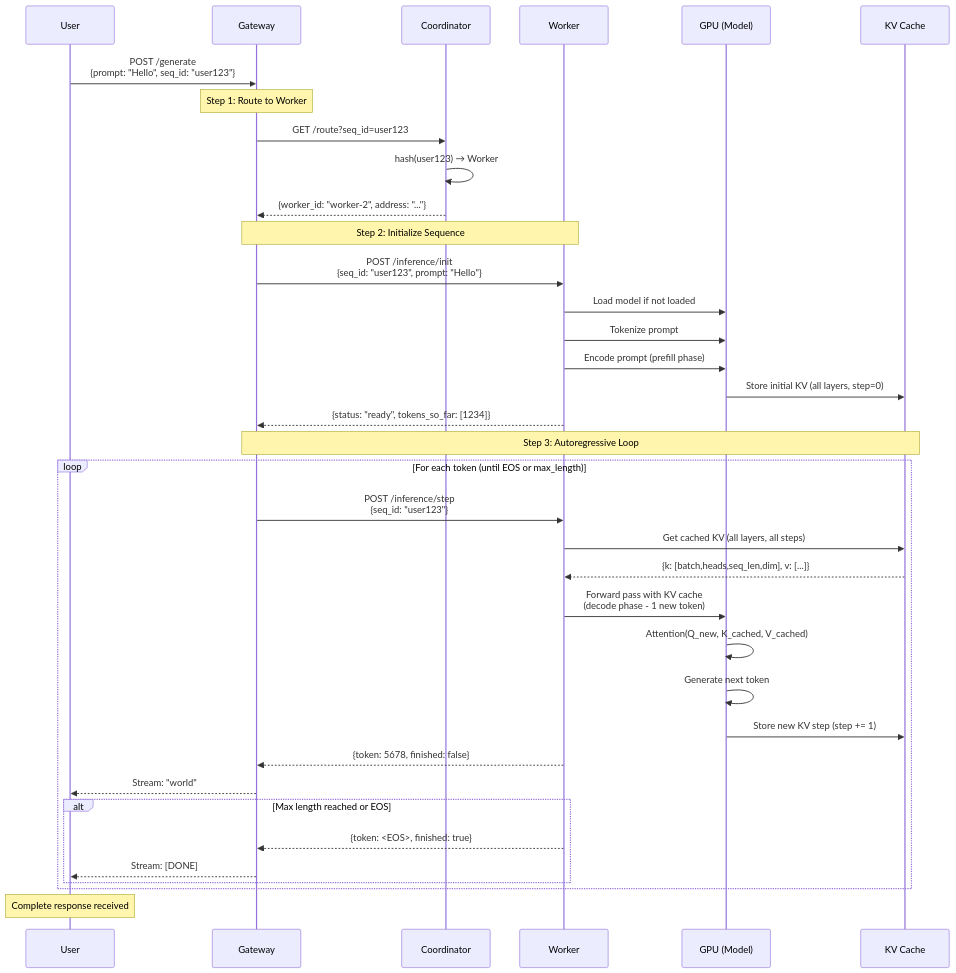
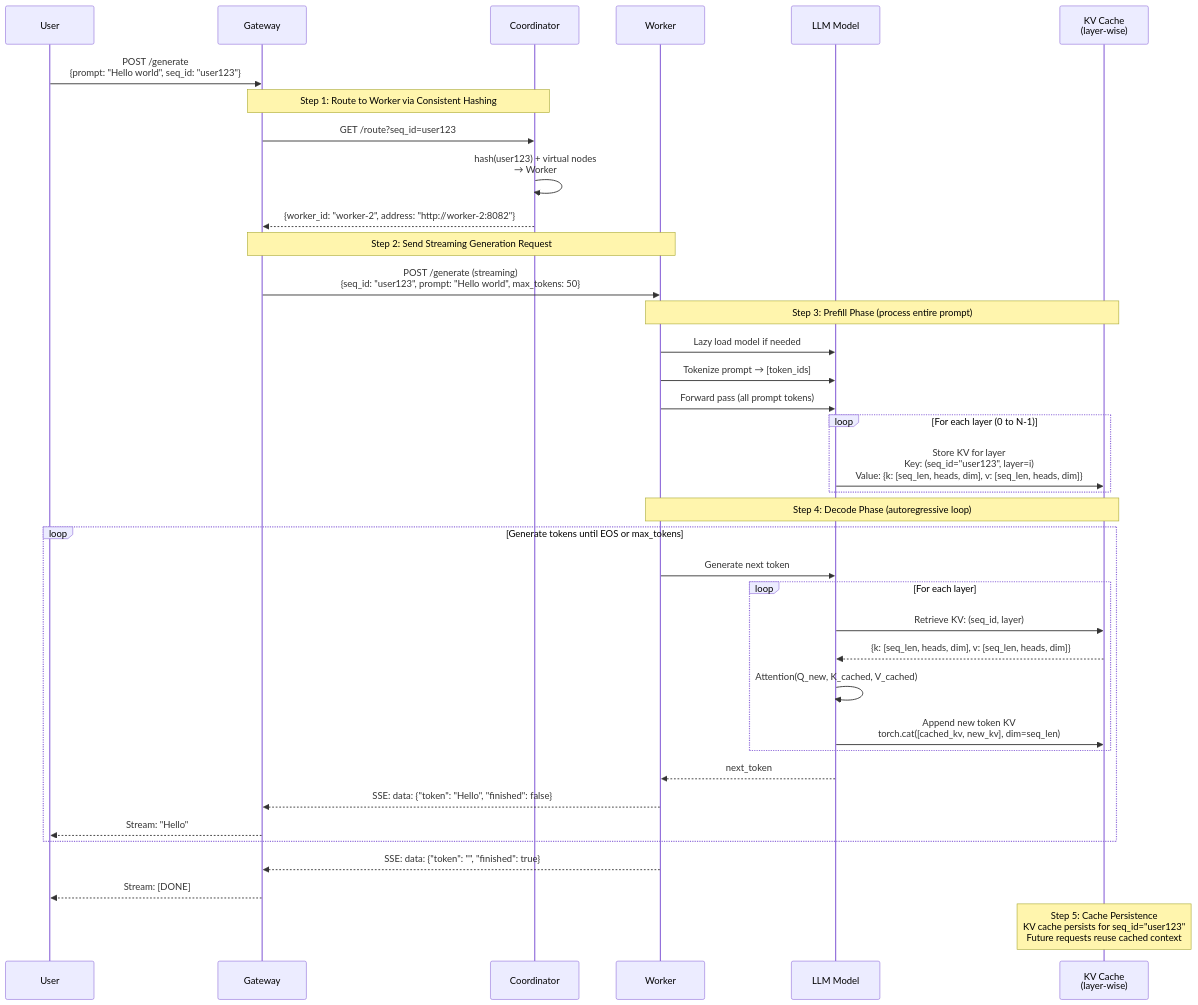
One commit to ndminhvn/distributed-kv-cache changed the second of 8 diagrams in docs/DIAGRAMS.md. Above: the diagram before and after it, drawn with Mermaid.

Commit message:
doc: update the token generation flow diagram

````diff
--- a/docs/DIAGRAMS.md
+++ b/docs/DIAGRAMS.md
@@ -38,47 +38,49 @@
 ```mermaid
 sequenceDiagram
     participant User
     participant Gateway
     participant Coordinator
     participant Worker
-    participant GPU as GPU (Model)
-    participant Cache as KV Cache
+    participant Model as LLM Model
+    participant Cache as KV Cache<br/>(layer-wise)
 
-    User->>Gateway: POST /generate<br/>{prompt: "Hello", seq_id: "user123"}
+    User->>Gateway: POST /generate<br/>{prompt: "Hello world", seq_id: "user123"}
 
-    Note over Gateway: Step 1: Route to Worker
+    Note over Gateway,Coordinator: Step 1: Route to Worker via Consistent Hashing
     Gateway->>Coordinator: GET /route?seq_id=user123
-    Coordinator->>Coordinator: hash(user123) → Worker #2
-    Coordinator-->>Gateway: {worker_id: "worker-2", address: "..."}
+    Coordinator->>Coordinator: hash(user123) + virtual nodes<br/>→ Worker #2
+    Coordinator-->>Gateway: {worker_id: "worker-2", address: "http://worker-2:8082"}
 
-    Note over Gateway,Worker: Step 2: Initialize Sequence
-    Gateway->>Worker: POST /inference/init<br/>{seq_id: "user123", prompt: "Hello"}
-    Worker->>GPU: Load model if not loaded
-    Worker->>GPU: Tokenize prompt
-    Worker->>GPU: Encode prompt (prefill phase)
-    GPU->>Cache: Store initial KV (all layers, step=0)
-    Worker-->>Gateway: {status: "ready", tokens_so_far: [1234]}
+    Note over Gateway,Worker: Step 2: Send Streaming Generation Request
+    Gateway->>Worker: POST /generate (streaming)<br/>{seq_id: "user123", prompt: "Hello world", max_tokens: 50}
 
-    Note over Gateway,Cache: Step 3: Autoregressive Loop
-    loop For each token (until EOS or max_length)
-        Gateway->>Worker: POST /inference/step<br/>{seq_id: "user123"}
+    Note over Worker,Cache: Step 3: Prefill Phase (process entire prompt)
+    Worker->>Model: Lazy load model if needed
+    Worker->>Model: Tokenize prompt → [token_ids]
+    Worker->>Model: Forward pass (all prompt tokens)
 
-        Worker->>Cache: Get cached KV (all layers, all steps)
-        Cache-->>Worker: {k: [batch,heads,seq_len,dim], v: [...]}
-
-        Worker->>GPU: Forward pass with KV cache<br/>(decode phase - 1 new token)
-        GPU->>GPU: Attention(Q_new, K_cached, V_cached)
-        GPU->>GPU: Generate next token
-        GPU->>Cache: Store new KV step (step += 1)
-
-        Worker-->>Gateway: {token: 5678, finished: false}
-        Gateway-->>User: Stream: "world"
-
-        alt Max length reached or EOS
-            Worker-->>Gateway: {token: <EOS>, finished: true}
-            Gateway-->>User: Stream: [DONE]
-        end
+    loop For each layer (0 to N-1)
+        Model->>Cache: Store KV for layer<br/>Key: (seq_id="user123", layer=i)<br/>Value: {k: [seq_len, heads, dim], v: [seq_len, heads, dim]}
     end
 
-    Note over User: Complete response received
+    Note over Worker,Cache: Step 4: Decode Phase (autoregressive loop)
+    loop Generate tokens until EOS or max_tokens
+        Worker->>Model: Generate next token
+
+        loop For each layer
+            Model->>Cache: Retrieve KV: (seq_id, layer)
+            Cache-->>Model: {k: [seq_len, heads, dim], v: [seq_len, heads, dim]}
+            Model->>Model: Attention(Q_new, K_cached, V_cached)
+            Model->>Cache: Append new token KV<br/>torch.cat([cached_kv, new_kv], dim=seq_len)
+        end
+
+        Model-->>Worker: next_token
+        Worker-->>Gateway: SSE: data: {"token": "Hello", "finished": false}
+        Gateway-->>User: Stream: "Hello"
+    end
+
+    Worker-->>Gateway: SSE: data: {"token": "", "finished": true}
+    Gateway-->>User: Stream: [DONE]
+
+    Note over Cache: Step 5: Cache Persistence<br/>KV cache persists for seq_id="user123"<br/>Future requests reuse cached context
 ```
````
